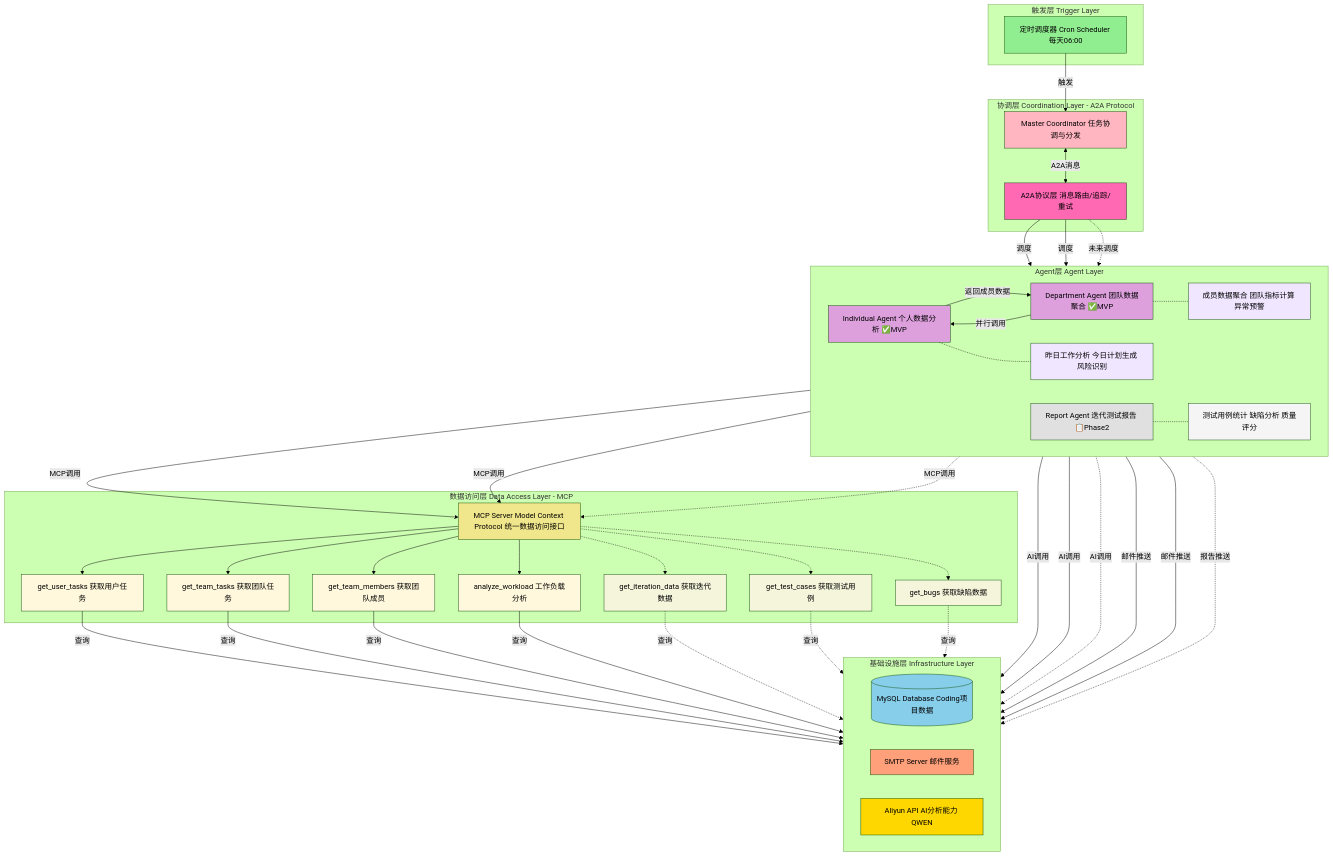
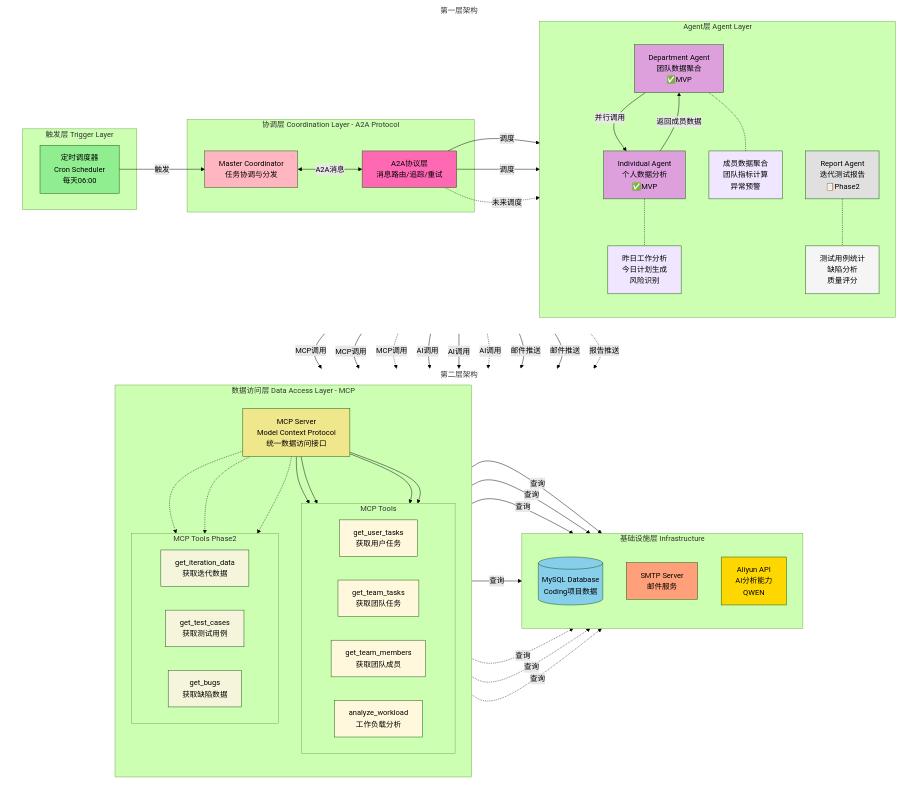
One commit to mrzhangmian/neturl changed the second of 10 diagrams in t.md. Above: the diagram before and after it, drawn with Mermaid (forest theme).

````diff
--- a/t.md
+++ b/t.md
@@ -49,42 +49,58 @@
 ```mermaid
 graph TB
-    subgraph Trigger["触发层 Trigger Layer"]
-        Cron[定时调度器 Cron Scheduler 每天06:00]
+    subgraph Row1["第一层架构"]
+        direction LR
+        subgraph Trigger["触发层 Trigger Layer"]
+            Cron[定时调度器<br/>Cron Scheduler<br/>每天06:00]
+        end
+
+        subgraph Coordination["协调层 Coordination Layer - A2A Protocol"]
+            Master[Master Coordinator<br/>任务协调与分发]
+            A2A[A2A协议层<br/>消息路由/追踪/重试]
+        end
+
+        subgraph AgentLayer["Agent层 Agent Layer"]
+            direction TB
+            Agents[" "]
+            style Agents fill:none,stroke:none
+            IA[Individual Agent<br/>个人数据分析<br/>✅MVP]
+            DA[Department Agent<br/>团队数据聚合<br/>✅MVP]
+            RA[Report Agent<br/>迭代测试报告<br/>📋Phase2]
+
+            IA_Cap[昨日工作分析<br/>今日计划生成<br/>风险识别]
+            DA_Cap[成员数据聚合<br/>团队指标计算<br/>异常预警]
+            RA_Cap[测试用例统计<br/>缺陷分析<br/>质量评分]
+        end
     end
 
-    subgraph Coordination["协调层 Coordination Layer - A2A Protocol"]
-        Master[Master Coordinator 任务协调与分发]
-        A2A[A2A协议层 消息路由/追踪/重试]
-    end
+    subgraph Row2["第二层架构"]
+        direction LR
+        subgraph DataAccess["数据访问层 Data Access Layer - MCP"]
+            direction TB
+            MCP[MCP Server<br/>Model Context Protocol<br/>统一数据访问接口]
 
-    subgraph AgentLayer["Agent层 Agent Layer"]
-        direction LR
-        IA[Individual Agent 个人数据分析 ✅MVP]
-        DA[Department Agent 团队数据聚合 ✅MVP]
-        RA[Report Agent 迭代测试报告 📋Phase2]
+            subgraph MCPTools["MCP Tools"]
+                direction LR
+                T1[get_user_tasks<br/>获取用户任务]
+                T2[get_team_tasks<br/>获取团队任务]
+                T3[get_team_members<br/>获取团队成员]
+                T4[analyze_workload<br/>工作负载分析]
+            end
 
-        IA_Cap[昨日工作分析 今日计划生成 风险识别]
-        DA_Cap[成员数据聚合 团队指标计算 异常预警]
-        RA_Cap[测试用例统计 缺陷分析 质量评分]
-    end
+            subgraph MCPTools2["MCP Tools Phase2"]
+                direction LR
+                T5[get_iteration_data<br/>获取迭代数据]
+                T6[get_test_cases<br/>获取测试用例]
+                T7[get_bugs<br/>获取缺陷数据]
+            end
+        end
 
-    subgraph DataAccess["数据访问层 Data Access Layer - MCP"]
-        MCP[MCP Server Model Context Protocol 统一数据访问接口]
-
-        T1[get_user_tasks 获取用户任务]
-        T2[get_team_tasks 获取团队任务]
-        T3[get_team_members 获取团队成员]
-        T4[analyze_workload 工作负载分析]
-        T5[get_iteration_data 获取迭代数据]
-        T6[get_test_cases 获取测试用例]
-        T7[get_bugs 获取缺陷数据]
-    end
-
-    subgraph Infrastructure["基础设施层 Infrastructure Layer"]
-        direction LR
-        DB[(MySQL Database Coding项目数据)]
-        SMTP[SMTP Server 邮件服务]
-        QWEN[Aliyun API AI分析能力 QWEN]
+        subgraph Infrastructure["基础设施层 Infrastructure"]
+            direction TB
+            DB[(MySQL Database<br/>Coding项目数据)]
+            SMTP[SMTP Server<br/>邮件服务]
+            QWEN[Aliyun API<br/>AI分析能力<br/>QWEN]
+        end
     end
 
     Cron -->|触发| Master
@@ -119,6 +135,9 @@
     DA -.- DA_Cap
     RA -.- RA_Cap
 
+    style Row1 fill:none,stroke:none
+    style Row2 fill:none,stroke:none
+    style Agents fill:none,stroke:none
     style Cron fill:#90EE90
     style Master fill:#FFB6C1
     style A2A fill:#FF69B4
````
